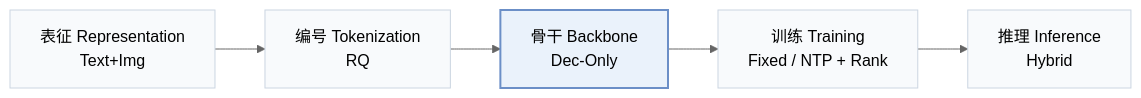
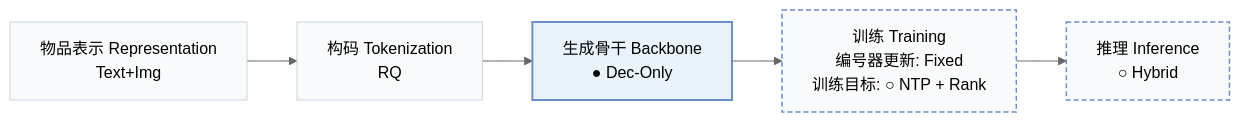
The first of 2 diagrams in pages/zh/papers/recochain.md (Galaxy-ghost/Awesome-SID-Generative-Rec), drawn with Mermaid (neutral theme) before and after one commit. The commit also changed other lines of this file and 558 other files, not shown here.

````diff
--- a/pages/zh/papers/recochain.md
+++ b/pages/zh/papers/recochain.md
@@ -15,8 +18,10 @@
 ```mermaid
 flowchart LR
-    R["表征 Representation<br/>Text+Img"] --> T["编号 Tokenization<br/>RQ"] --> B["骨干 Backbone<br/>Dec-Only"] --> TR["训练 Training<br/>Fixed / NTP + Rank"] --> I["推理 Inference<br/>Hybrid"]
+    R["物品表示 Representation<br/>Text+Img"] --> T["构码 Tokenization<br/>RQ"] --> B["生成骨干 Backbone<br/>● Dec-Only"] --> TR["训练 Training<br/>编号器更新: Fixed<br/>训练目标: ○ NTP + Rank"] --> I["推理 Inference<br/>○ Hybrid"]
     classDef base fill:#f8fafc,stroke:#cbd5e1
     class R,T,B,TR,I base
+    classDef other fill:#f8fafc,stroke:#6b8fc7,stroke-width:1.5px,stroke-dasharray:5 3
+    class TR,I other
     classDef main fill:#eaf2fb,stroke:#6b8fc7,stroke-width:2px
     class B main
 ```
````
